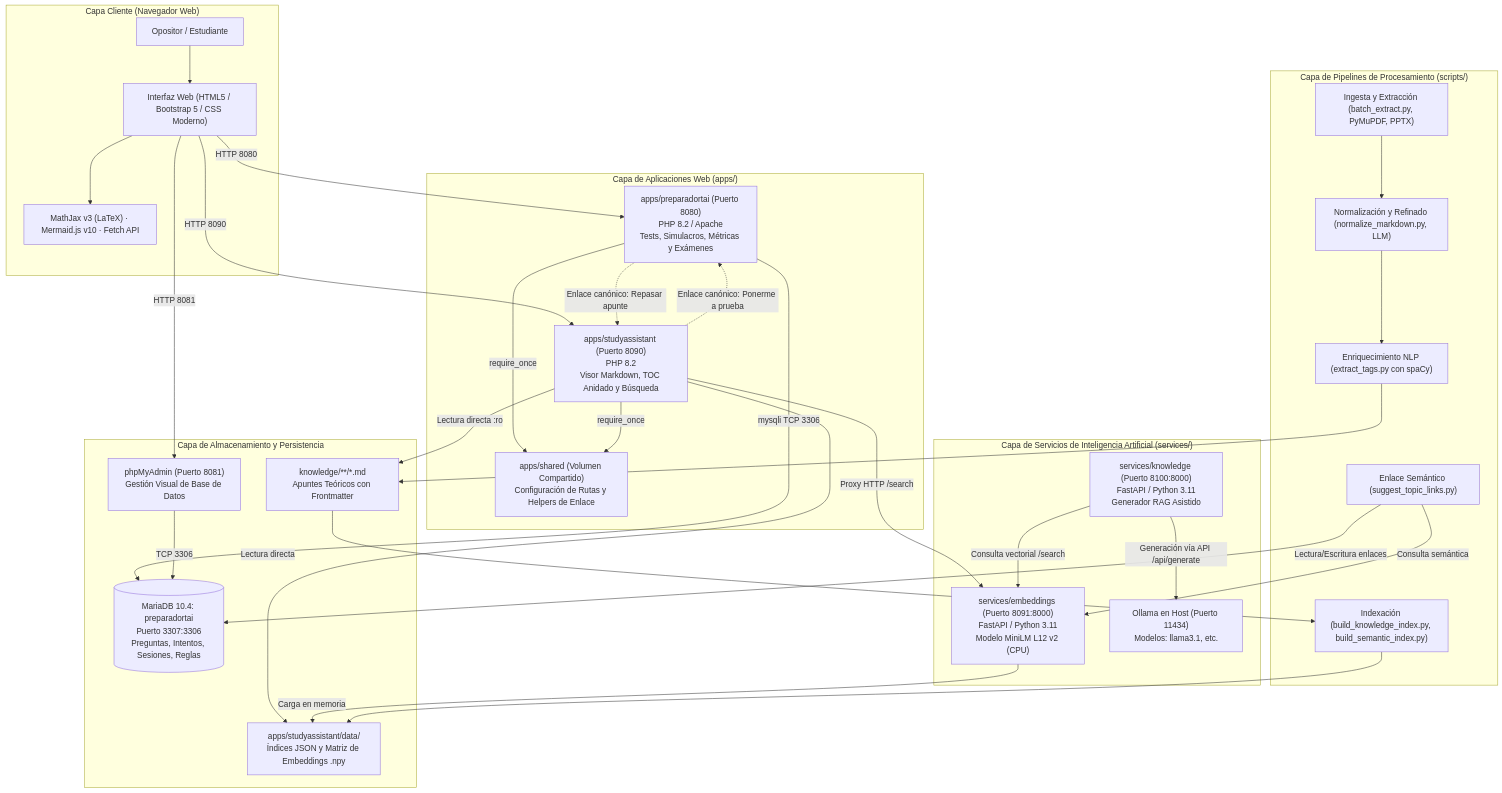
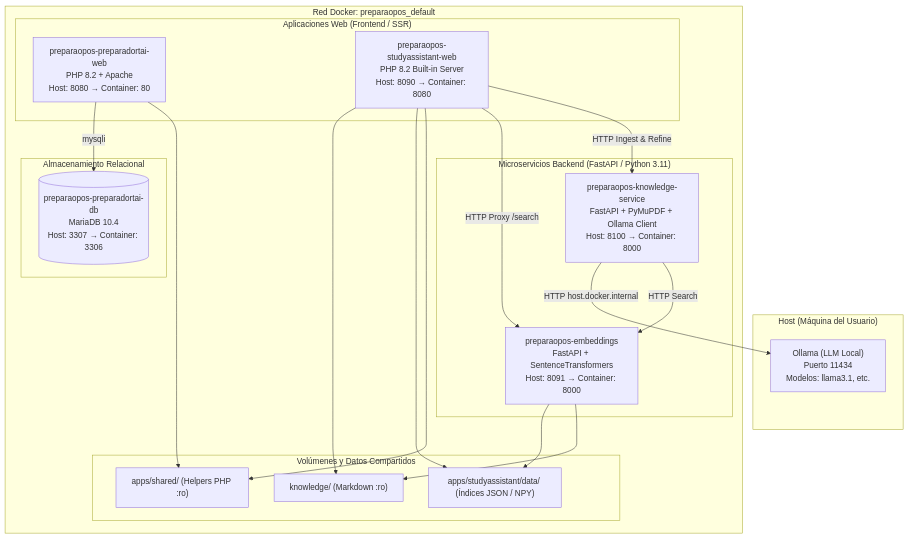
One commit to carmenales/preparaopos changed the second of 2 diagrams in ARCHITECTURE.md. Above: the diagram before and after it, drawn with Mermaid. The commit also changed other lines of this file, not shown here.

Commit message:
docs: update architecture system info

````diff
--- a/ARCHITECTURE.md
+++ b/ARCHITECTURE.md
@@ -24,69 +40,41 @@
 ```mermaid
 flowchart TD
-    subgraph Cliente["Capa Cliente (Navegador Web)"]
-        User["Opositor / Estudiante"]
-        BrowserUI["Interfaz Web (HTML5 / Bootstrap 5 / CSS Moderno)"]
-        ClientLibs["MathJax v3 (LaTeX) · Mermaid.js v10 · Fetch API"]
+    subgraph Host["Host (Máquina del Usuario)"]
+        Ollama["Ollama (LLM Local)<br>Puerto 11434<br>Modelos: llama3.1, etc."]
     end
 
-    subgraph Frontends["Capa de Aplicaciones Web (apps/)"]
-        TAI_App["apps/preparadortai (Puerto 8080)<br>PHP 8.2 / Apache<br>Tests, Simulacros, Métricas y Exámenes"]
-        Study_App["apps/studyassistant (Puerto 8090)<br>PHP 8.2<br>Visor Markdown, TOC Anidado y Búsqueda"]
-        Shared_Lib["apps/shared (Volumen Compartido)<br>Configuración de Rutas y Helpers de Enlace"]
+    subgraph Docker_Network["Red Docker: preparaopos_default"]
+        subgraph Web_Apps["Aplicaciones Web (Frontend / SSR)"]
+            App_TAI["preparaopos-preparadortai-web<br>PHP 8.2 + Apache<br>Host: 8080 → Container: 80"]
+            App_SA["preparaopos-studyassistant-web<br>PHP 8.2 Built-in Server<br>Host: 8090 → Container: 8080"]
+        end
+
+        subgraph Backend_Services["Microservicios Backend (FastAPI / Python 3.11)"]
+            Service_Embeddings["preparaopos-embeddings<br>FastAPI + SentenceTransformers<br>Host: 8091 → Container: 8000"]
+            Service_Knowledge["preparaopos-knowledge-service<br>FastAPI + PyMuPDF + Ollama Client<br>Host: 8100 → Container: 8000"]
+        end
+
+        subgraph Database["Almacenamiento Relacional"]
+            DB_MariaDB[("preparaopos-preparadortai-db<br>MariaDB 10.4<br>Host: 3307 → Container: 3306")]
+        end
+
+        subgraph Shared_Volumes["Volúmenes y Datos Compartidos"]
+            Vol_Knowledge["knowledge/ (Markdown :ro)"]
+            Vol_Data["apps/studyassistant/data/ (Índices JSON / NPY)"]
+            Vol_Shared["apps/shared/ (Helpers PHP :ro)"]
+        end
     end
 
-    subgraph Microservicios["Capa de Servicios de Inteligencia Artificial (services/)"]
-        Embeddings_Svc["services/embeddings (Puerto 8091:8000)<br>FastAPI / Python 3.11<br>Modelo MiniLM L12 v2 (CPU)"]
-        Knowledge_Svc["services/knowledge (Puerto 8100:8000)<br>FastAPI / Python 3.11<br>Generador RAG Asistido"]
-        Ollama_Host["Ollama en Host (Puerto 11434)<br>Modelos: llama3.1, etc."]
-    end
-
-    subgraph Almacenamiento["Capa de Almacenamiento y Persistencia"]
-        DB_MariaDB[(MariaDB 10.4: preparadortai<br>Puerto 3307:3306<br>Preguntas, Intentos, Sesiones, Reglas)]
-        PMA["phpMyAdmin (Puerto 8081)<br>Gestión Visual de Base de Datos"]
-        FS_Knowledge["knowledge/**/*.md<br>Apuntes Teóricos con Frontmatter"]
-        FS_Data["apps/studyassistant/data/<br>Índices JSON y Matriz de Embeddings .npy"]
-    end
-
-    subgraph Pipelines["Capa de Pipelines de Procesamiento (scripts/)"]
-        Ingestion["Ingesta y Extracción (batch_extract.py, PyMuPDF, PPTX)"]
-        CleanRefine["Normalización y Refinado (normalize_markdown.py, LLM)"]
-        NLP_Tags["Enriquecimiento NLP (extract_tags.py con spaCy)"]
-        Indexers["Indexación (build_knowledge_index.py, build_semantic_index.py)"]
-        Linkers["Enlace Semántico (suggest_topic_links.py)"]
-    end
-
-    %% Relaciones Cliente
-    User --> BrowserUI
-    BrowserUI --> ClientLibs
-    BrowserUI -->|HTTP 8080| TAI_App
-    BrowserUI -->|HTTP 8090| Study_App
-    BrowserUI -->|HTTP 8081| PMA
-
-    %% Relaciones Frontends
-    TAI_App -->|mysqli TCP 3306| DB_MariaDB
-    TAI_App -->|require_once| Shared_Lib
-    Study_App -->|require_once| Shared_Lib
-    Study_App -->|Lectura directa :ro| FS_Knowledge
-    Study_App -->|Lectura directa| FS_Data
-    Study_App -->|Proxy HTTP /search| Embeddings_Svc
-
-    %% Interoperabilidad entre Apps
-    Study_App -.->|"Enlace canónico: Ponerme a prueba"| TAI_App
-    TAI_App -.->|"Enlace canónico: Repasar apunte"| Study_App
-
-    %% Relaciones Microservicios
-    Embeddings_Svc -->|Carga en memoria| FS_Data
-    Knowledge_Svc -->|Consulta vectorial /search| Embeddings_Svc
-    Knowledge_Svc -->|Generación vía API /api/generate| Ollama_Host
-    PMA -->|TCP 3306| DB_MariaDB
-
-    %% Relaciones Pipelines
-    Ingestion --> CleanRefine
-    CleanRefine --> NLP_Tags
-    NLP_Tags --> FS_Knowledge
-    FS_Knowledge --> Indexers
-    Indexers --> FS_Data
-    Linkers -->|Consulta semántica| Embeddings_Svc
-    Linkers -->|Lectura/Escritura enlaces| DB_MariaDB
+    %% Conexiones
+    App_TAI -->|mysqli| DB_MariaDB
+    App_TAI --> Vol_Shared
+    App_SA --> Vol_Knowledge
+    App_SA --> Vol_Data
+    App_SA --> Vol_Shared
+    App_SA -->|HTTP Proxy /search| Service_Embeddings
+    App_SA -->|HTTP Ingest & Refine| Service_Knowledge
+    Service_Knowledge -->|HTTP host.docker.internal| Ollama
+    Service_Knowledge -->|HTTP Search| Service_Embeddings
+    Service_Embeddings --> Vol_Data
+    Service_Embeddings --> Vol_Knowledge
 ```
````
